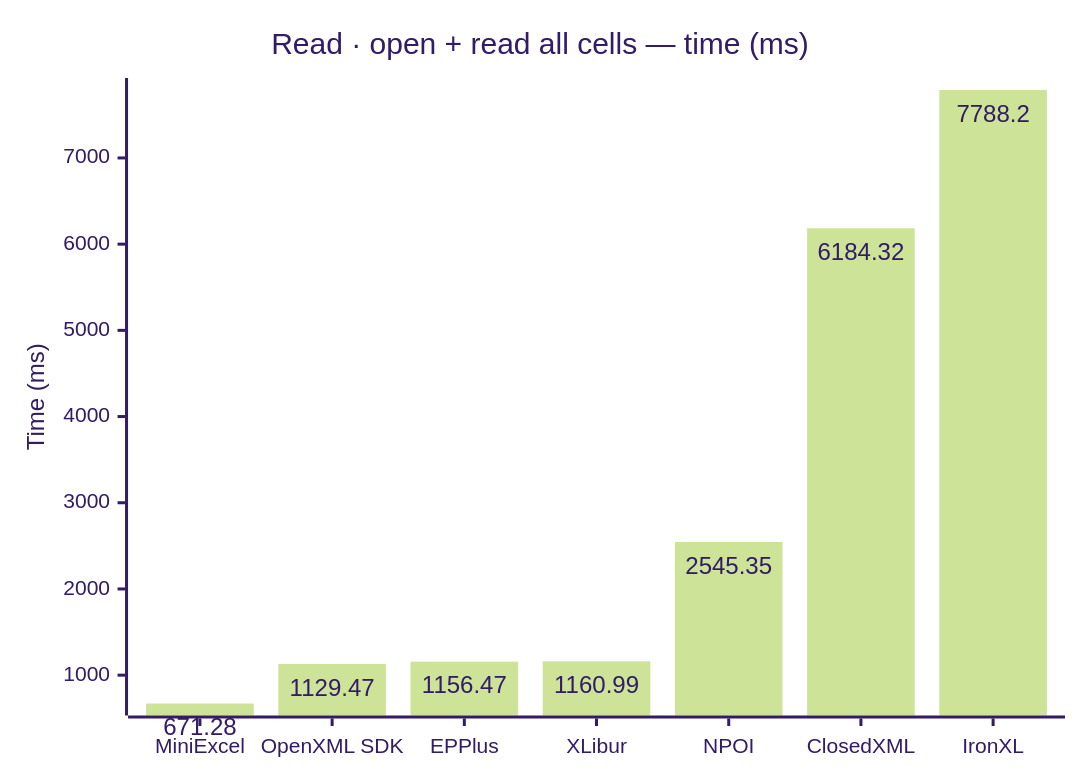
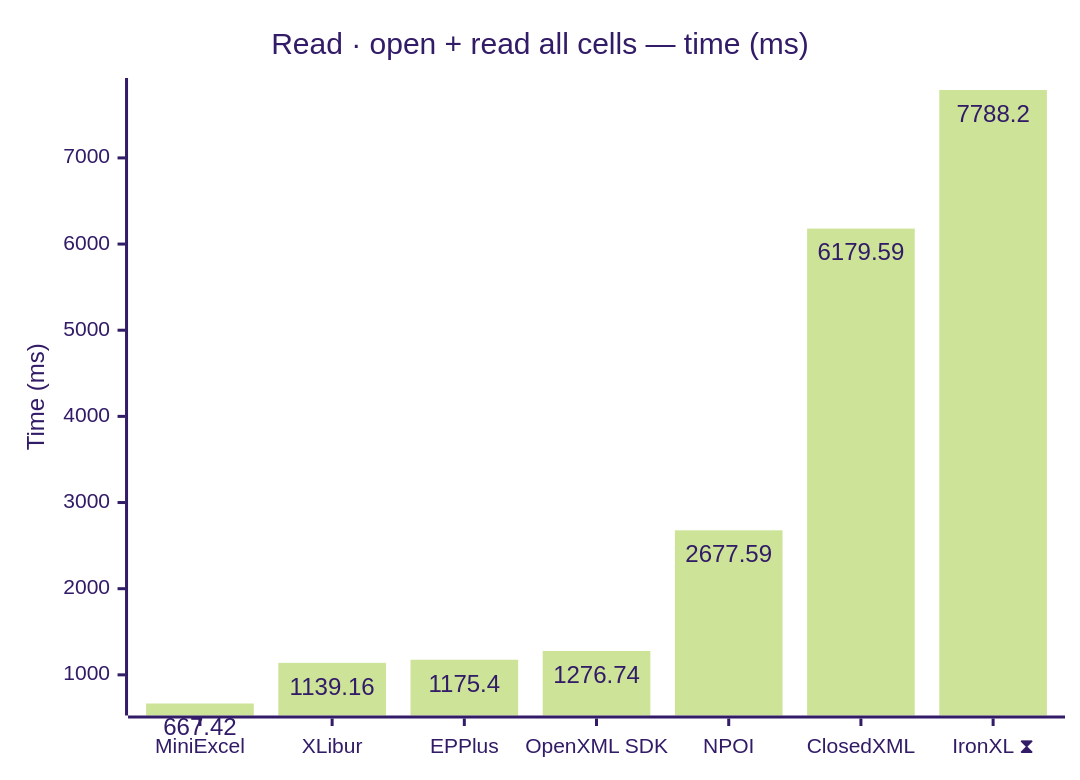
One commit to jafin/XLBench changed the third of 10 diagrams in docs/results.md. Above: the diagram before and after it, drawn with Mermaid (forest theme). The commit also changed other lines of this file and 2 other files, not shown here.

First line of the commit message:
docs: refresh benchmark results on XLibur 0.300.0

````diff
--- a/docs/results.md
+++ b/docs/results.md
@@ -61,12 +65,12 @@
 ```mermaid
 ---
 config:
   xyChart:
     showDataLabel: true
 ---
 xychart-beta
     title "Read · open + read all cells — time (ms)"
-    x-axis ["MiniExcel", "OpenXML SDK", "EPPlus", "XLibur", "NPOI", "ClosedXML", "IronXL"]
+    x-axis ["MiniExcel", "XLibur", "EPPlus", "OpenXML SDK", "NPOI", "ClosedXML", "IronXL ⧗"]
     y-axis "Time (ms)"
-    bar [671.28, 1129.47, 1156.47, 1160.99, 2545.35, 6184.32, 7788.2]
+    bar [667.42, 1139.16, 1175.4, 1276.74, 2677.59, 6179.59, 7788.2]
 ```
````
